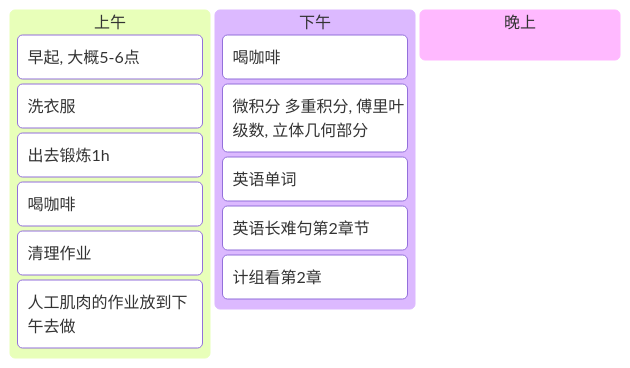
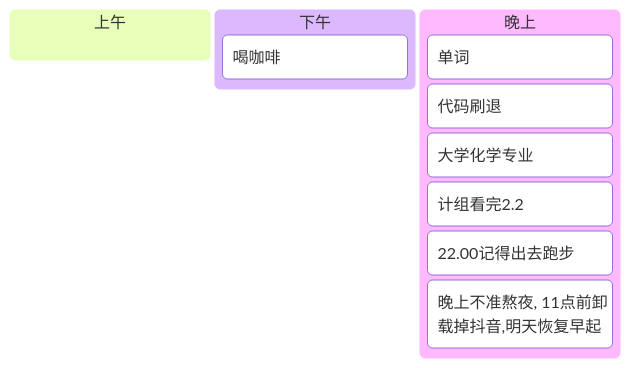
Before and after one commit to Sophomoresty/obsidian-notes: the second of 2 diagrams in 日记/2025-05-07.md, drawn with Mermaid. The commit also changed other lines of this file, not shown here.

Commit message:
手动提交：2025-05-07-16-21 的笔记更新

````diff
--- a/日记/2025-05-07.md
+++ b/日记/2025-05-07.md
@@ -67,17 +67,15 @@
  ```mermaid
 kanban
 [上午]
-	[早起, 大概5-6点]
-	[洗衣服]
-	[出去锻炼1h]
-	[喝咖啡]
-	[清理作业]
-	[人工肌肉的作业放到下午去做]
+
 [下午]
   	[喝咖啡]
-    [微积分 多重积分, 傅里叶级数, 立体几何部分 ]
-    [英语单词]
-    [英语长难句第2章节]
-    [计组看第2章]
+	
 [晚上]
+	[单词]
+	[代码刷退]
+	[大学化学专业]
+	[计组看完2.2]
+	[22.00记得出去跑步]
+	[晚上不准熬夜, 11点前卸载掉抖音,明天恢复早起]
 ```
````
